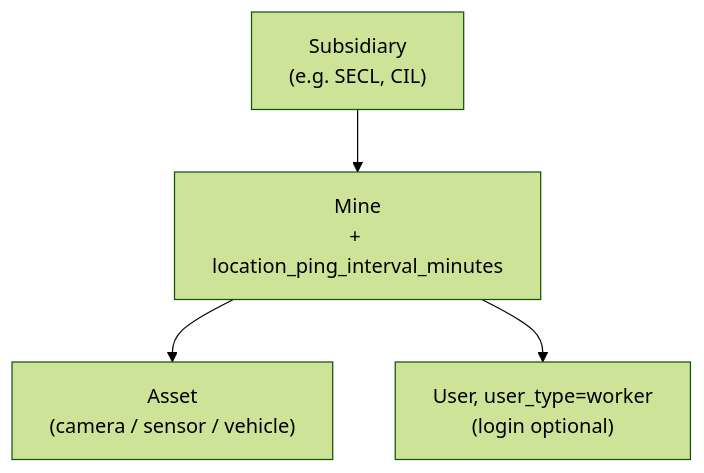
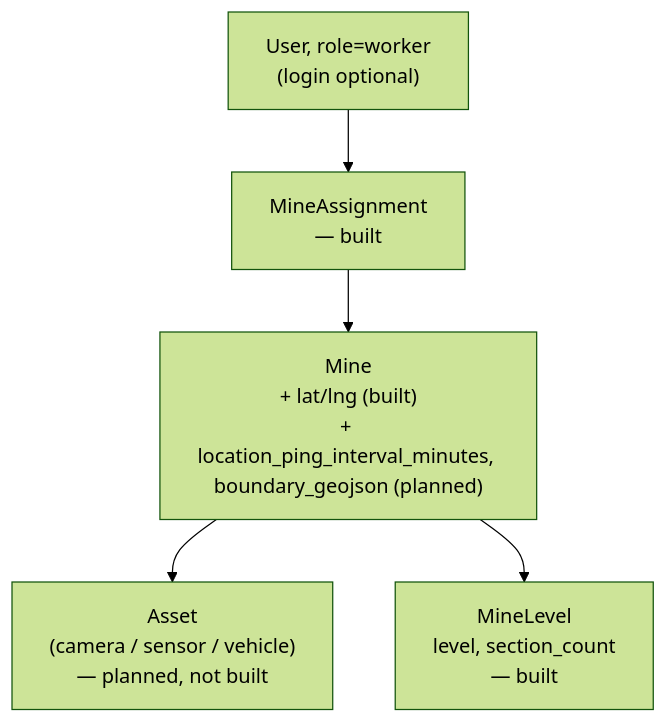
The second of 2 diagrams in research/lld.md (saumy-github/coalguard-ai), drawn with Mermaid (forest theme) before and after one commit. The commit also changed other lines of this file and 75 other files, not shown here.

````diff
--- a/research/lld.md
+++ b/research/lld.md
@@ -136,6 +176,8 @@
 ```mermaid
 graph TD
-    SUB["Subsidiary<br/>(e.g. SECL, CIL)"] --> MINE["Mine<br/>+ location_ping_interval_minutes"]
-    MINE --> ASSET["Asset<br/>(camera / sensor / vehicle)"]
-    MINE --> USERW["User, user_type=worker<br/>(login optional)"]
+    MINE["Mine<br/>+ lat/lng (built)<br/>+ location_ping_interval_minutes, boundary_geojson (planned)"]
+    MINE --> ASSET["Asset<br/>(camera / sensor / vehicle)<br/>— planned, not built"]
+    MINE --> LEVEL["MineLevel<br/>level, section_count<br/>— built"]
+    USER["User, role=worker<br/>(login optional)"] --> MA["MineAssignment<br/>— built"]
+    MA --> MINE
 ```
````
